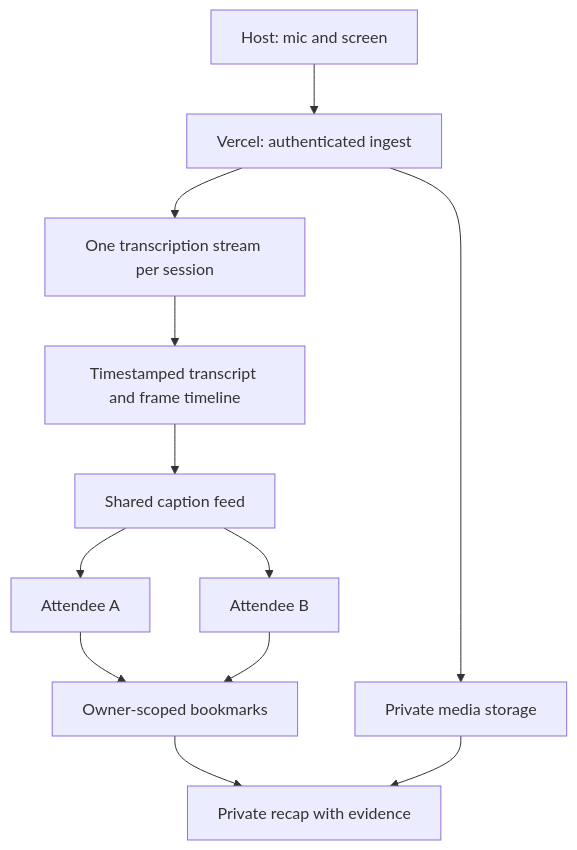
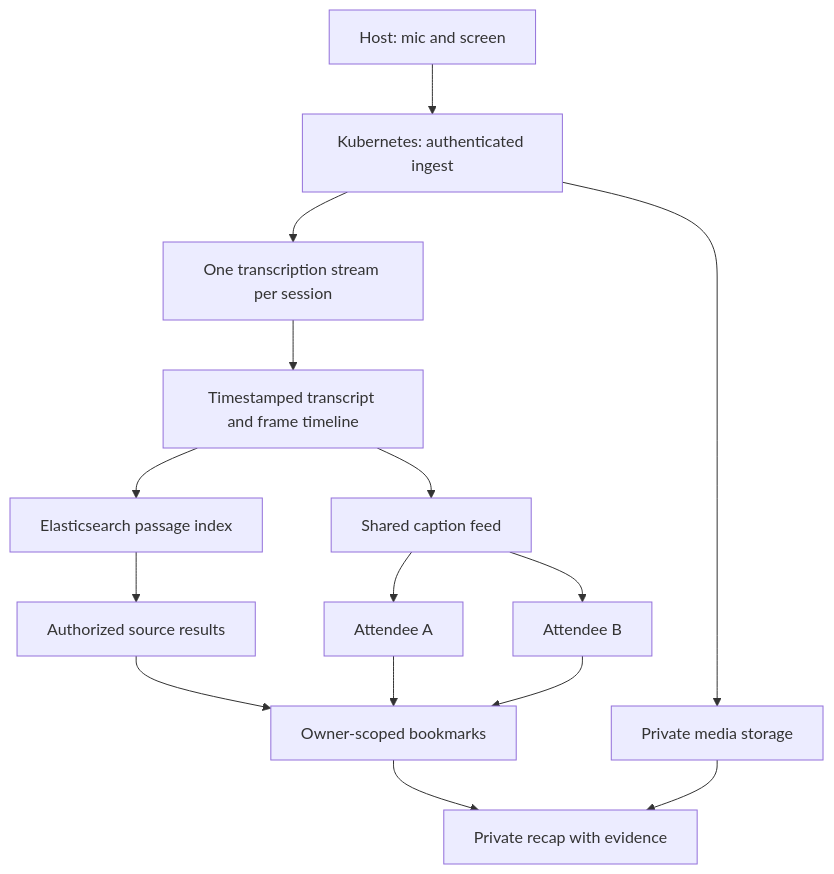
One commit to drewrasm/simon-says changed the diagram in docs/architecture.md. Above: the diagram before and after it, drawn with Mermaid. The commit also changed other lines of this file and 12 other files, not shown here.

````diff
--- a/docs/architecture.md
+++ b/docs/architecture.md
@@ -7,14 +7,17 @@
 ```mermaid
 flowchart TD
-  Host[Host: mic and screen] --> Ingest[Vercel: authenticated ingest]
+  Host[Host: mic and screen] --> Ingest[Kubernetes: authenticated ingest]
   Ingest --> STT[One transcription stream per session]
   STT --> Timeline[Timestamped transcript and frame timeline]
   Ingest --> Media[Private media storage]
+  Timeline --> Search[Elasticsearch passage index]
+  Search --> Results[Authorized source results]
+  Results --> Selections
   Timeline --> Feed[Shared caption feed]
   Feed --> A[Attendee A]
   Feed --> B[Attendee B]
   A --> Selections[Owner-scoped bookmarks]
   B --> Selections
   Selections --> Recap[Private recap with evidence]
   Media --> Recap
 ```
````
